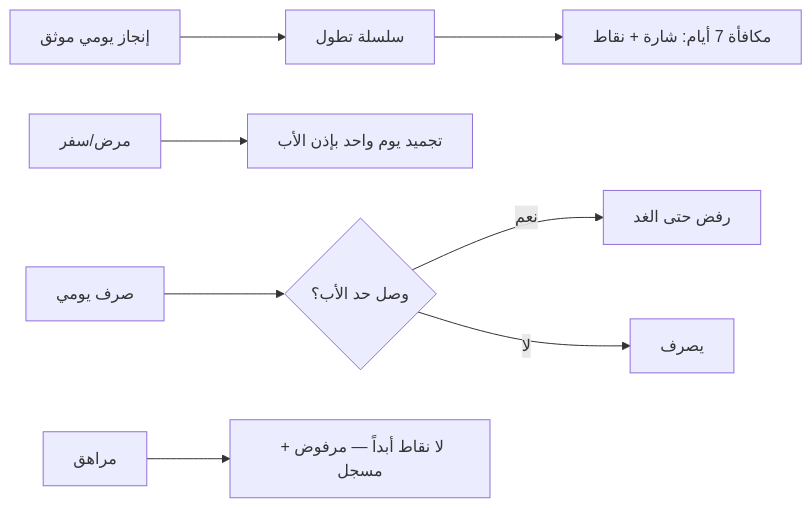
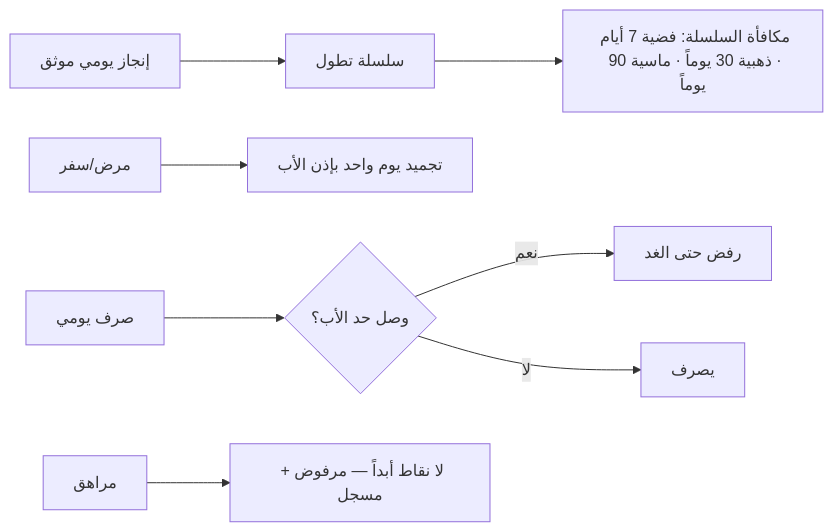
The fifth of 5 diagrams in docs/family-os/governance/phases/phase-1/S1-05-rewards-children/SPEC.md (Bassam-mohammed-alqaeadi/family-os-v2), drawn with Mermaid before and after one commit. The commit also changed other lines of this file and 1 other file, not shown here.

Commit message:
S1-05 R2-S105-19 (Q-277): مستويات الشارات — فضية 7 أيام، ذهبية 30 يوماً، ماسية 90 يوماً

````diff
--- a/docs/family-os/governance/phases/phase-1/S1-05-rewards-children/SPEC.md
+++ b/docs/family-os/governance/phases/phase-1/S1-05-rewards-children/SPEC.md
@@ -126,10 +126,10 @@
 ```mermaid
 flowchart LR
     Earn[إنجاز يومي موثق] --> Streak[سلسلة تطول]
-    Streak --> Bonus[مكافأة 7 أيام: شارة + نقاط]
+    Streak --> Bonus[مكافأة السلسلة: فضية 7 أيام · ذهبية 30 يوماً · ماسية 90 يوماً]
     Sick[مرض/سفر] --> Freeze[تجميد يوم واحد بإذن الأب]
     Spend2[صرف يومي] --> Cap{وصل حد الأب؟}
     Cap -->|نعم| Block[رفض حتى الغد]
     Cap -->|لا| OK[يصرف]
     Teen[مراهق] --> NoPoints[لا نقاط أبداً — مرفوض + مسجل]
 ```
````
